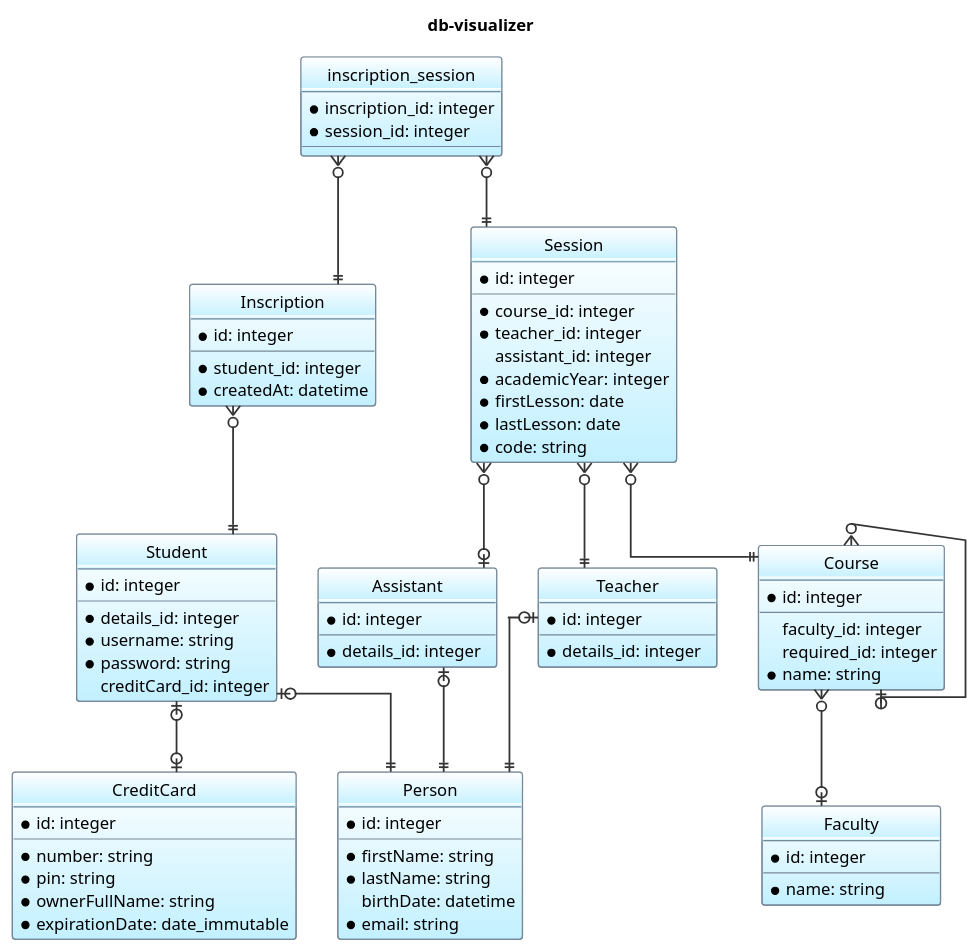
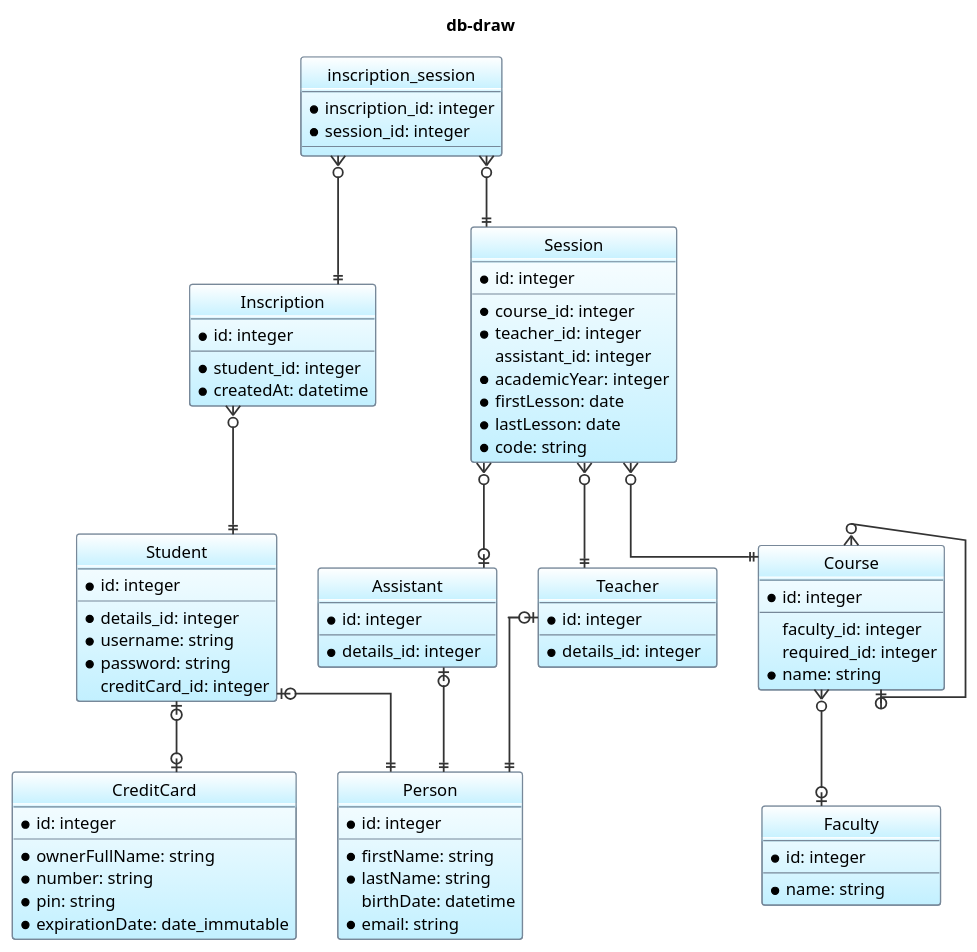
Before and after one commit to jawira/db-draw: the diagram in resources/output/midi.puml, drawn with PlantUML. The commit also changed 32 other files, not shown here.

```diff
--- a/resources/output/midi.puml
+++ b/resources/output/midi.puml
@@ -1,96 +1,96 @@
 @startuml
 hide empty members
 hide circle
 skinparam ArrowColor #333
 skinparam ArrowThickness 1.5
 skinparam ClassBackgroundColor White-APPLICATION
 skinparam ClassBorderColor LightSlateGray
 skinparam ClassBorderThickness 1
 skinparam MinClassWidth 150
 skinparam LineType Ortho
 skinparam Shadowing false
 skinparam PackageBackgroundColor #eee
 skinparam PackageBorderColor #eee
 skinparam PackageFontStyle normal
-title db-visualizer
+title db-draw
 entity Assistant {
 * id: integer
 --
 * details_id: integer
 }
 entity Course {
 * id: integer
 --
  faculty_id: integer
  required_id: integer
 * name: string
 }
 entity CreditCard {
 * id: integer
 --
+* ownerFullName: string
 * number: string
 * pin: string
-* ownerFullName: string
 * expirationDate: date_immutable
 }
 entity Faculty {
 * id: integer
 --
 * name: string
 }
 entity Inscription {
 * id: integer
 --
 * student_id: integer
 * createdAt: datetime
 }
 entity Person {
 * id: integer
 --
 * firstName: string
 * lastName: string
  birthDate: datetime
 * email: string
 }
 entity Session {
 * id: integer
 --
 * course_id: integer
 * teacher_id: integer
  assistant_id: integer
 * academicYear: integer
 * firstLesson: date
 * lastLesson: date
 * code: string
 }
 entity Student {
 * id: integer
 --
 * details_id: integer
 * username: string
 * password: string
  creditCard_id: integer
 }
 entity Teacher {
 * id: integer
 --
 * details_id: integer
 }
 entity inscription_session {
 * inscription_id: integer
 * session_id: integer
 --
 }
 Assistant |o--|| Person
 Course }o--o| Faculty
 Course }o--o| Course
 Inscription }o--|| Student
 Session }o--|| Teacher
 Session }o--|| Course
 Session }o--o| Assistant
 Student |o--o| CreditCard
 Student |o--|| Person
 Teacher |o--|| Person
 inscription_session }o--|| Inscription
 inscription_session }o--|| Session
 @enduml
```
